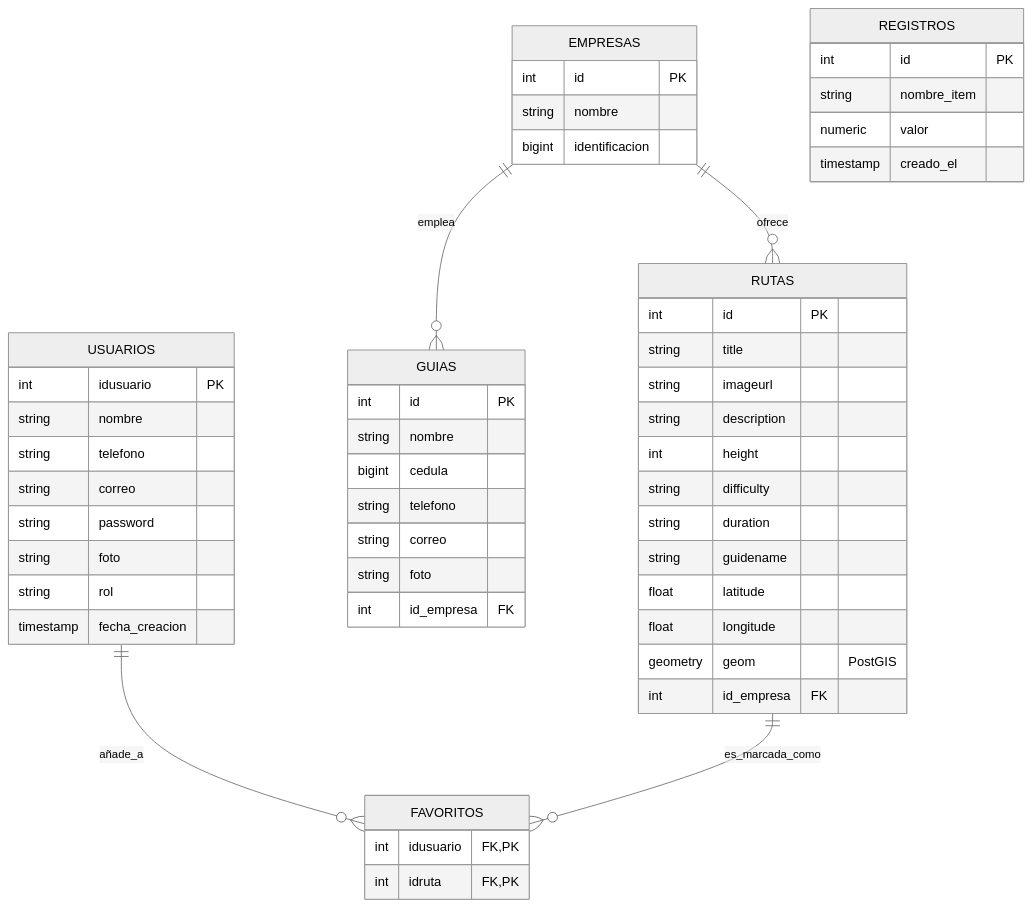
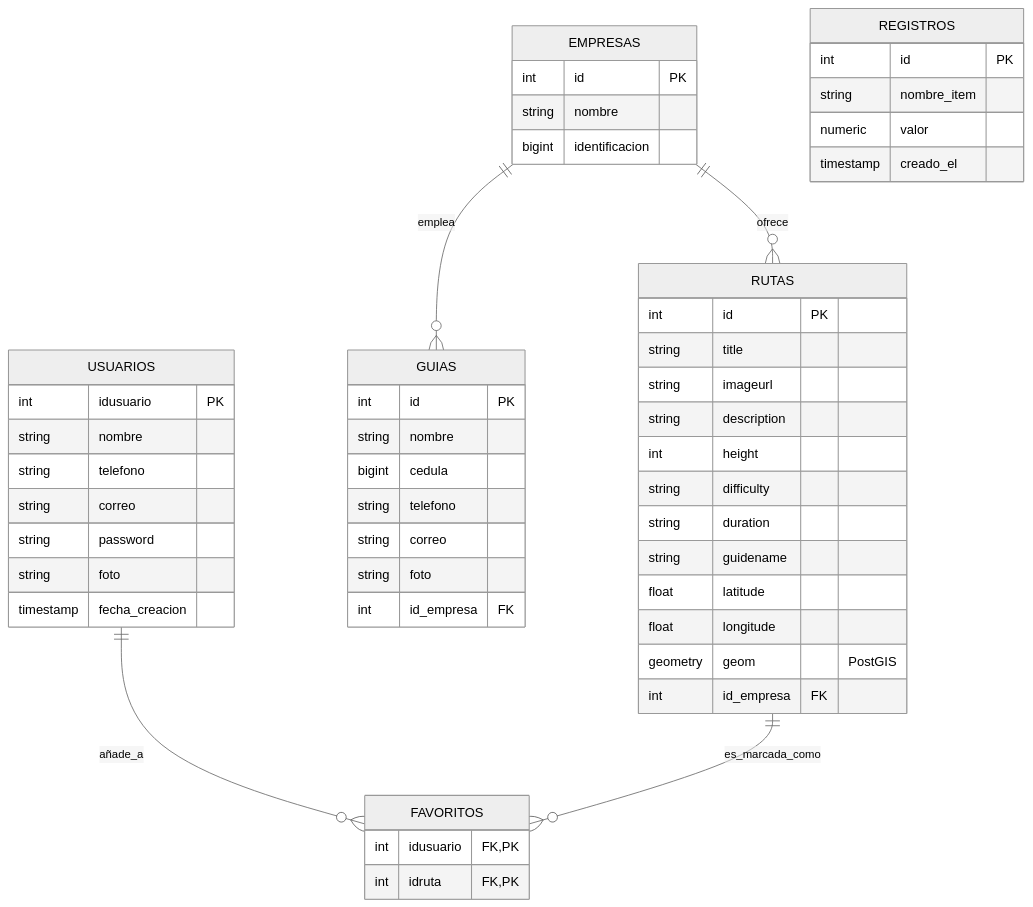
The first of 2 diagrams in documentacion/diagramas_proyecto.md (Sebas-01/TrekkColombia), drawn with Mermaid (neutral theme) before and after one commit. The commit also changed 24 other files, not shown here.

Commit message:
feat: implement core mobile app architecture with Room database, user management screens, and API integration

````diff
--- a/documentacion/diagramas_proyecto.md
+++ b/documentacion/diagramas_proyecto.md
@@ -9,61 +9,60 @@
 ```mermaid
 erDiagram
     EMPRESAS ||--o{ RUTAS : "ofrece"
     EMPRESAS ||--o{ GUIAS : "emplea"
     USUARIOS ||--o{ FAVORITOS : "añade_a"
     RUTAS ||--o{ FAVORITOS : "es_marcada_como"
     
     EMPRESAS {
         int id PK
         string nombre
         bigint identificacion
     }
     
     RUTAS {
         int id PK
         string title
         string imageurl
         string description
         int height
         string difficulty
         string duration
         string guidename
         float latitude
         float longitude
         geometry geom "PostGIS"
         int id_empresa FK
     }
     
     GUIAS {
         int id PK
         string nombre
         bigint cedula
         string telefono
         string correo
         string foto
         int id_empresa FK
     }
     
     USUARIOS {
         int idusuario PK
         string nombre
         string telefono
         string correo
         string password
         string foto
-        string rol
         timestamp fecha_creacion
     }
     
     FAVORITOS {
         int idusuario FK, PK
         int idruta FK, PK
     }
     
     REGISTROS {
         int id PK
         string nombre_item
         numeric valor
         timestamp creado_el
     }
 ```
````
